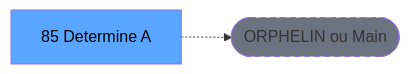
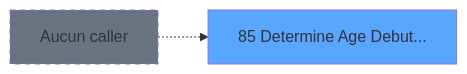
Before and after one commit to thonyAGP/lecteur-magic: the second of 3 diagrams in .openspec/specs/ADH-IDE-85.md, drawn with Mermaid. The commit also changed other lines of this file and 96 other files, not shown here.

````diff
--- a/.openspec/specs/ADH-IDE-85.md
+++ b/.openspec/specs/ADH-IDE-85.md
@@ -117,8 +198,8 @@
 ```mermaid
 graph LR
-    T[85     Determine A]
-    ORPHAN([ORPHELIN ou Main])
-    T -.-> ORPHAN
-    style T fill:#58a6ff,color:#000
-    style ORPHAN fill:#6b7280,stroke-dasharray: 5 5
+    T85[85 Determine Age Debut...]
+    style T85 fill:#58a6ff
+    NONE[Aucun caller]
+    NONE -.-> T85
+    style NONE fill:#6b7280,stroke-dasharray: 5 5
 ```
````
